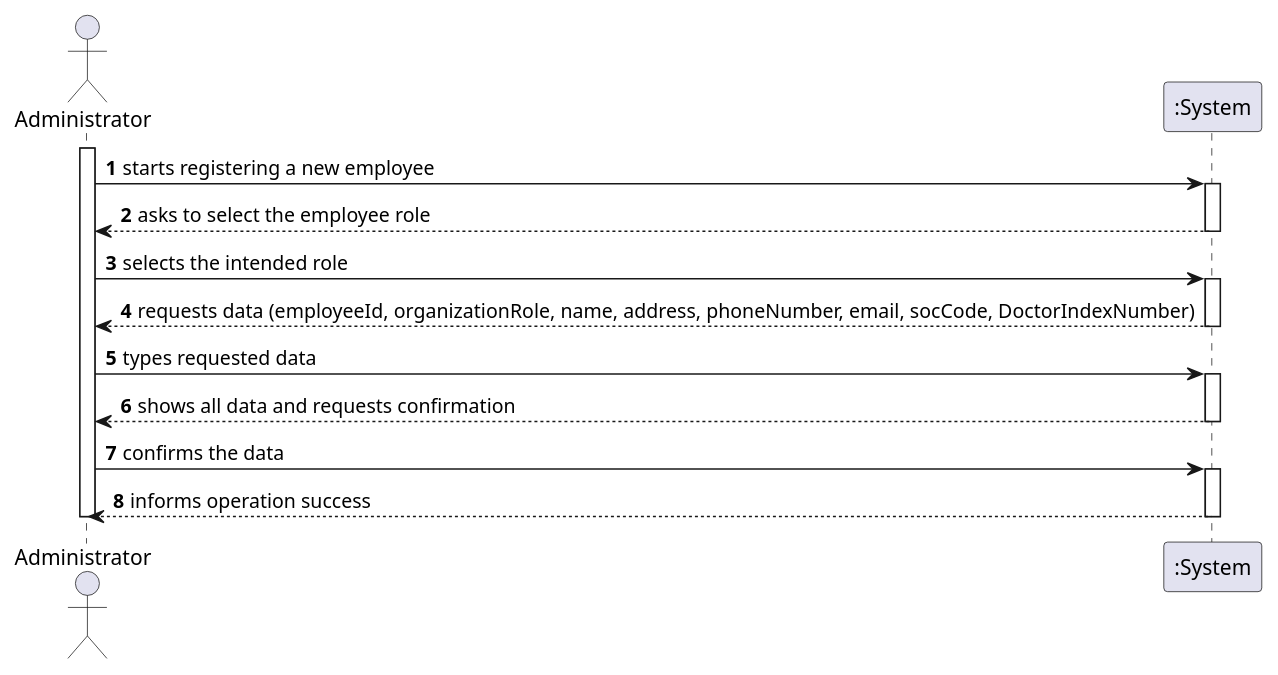
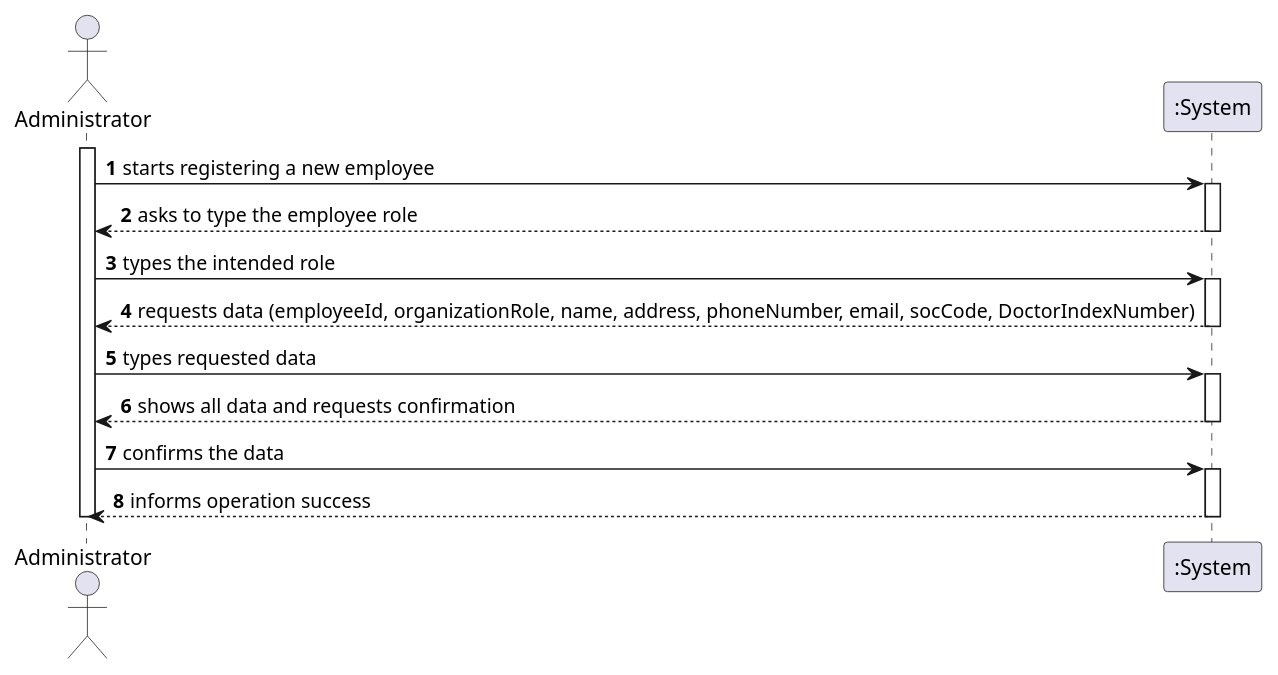
One commit to ana-albergaria/LAPR2-ISEP changed the diagram in docs/SprintB/US_7/US7_SSD.puml. Above: the diagram before and after it, drawn with PlantUML. The commit also changed 1 other file, not shown here.

Commit message:
US7 Rationale - Checking if it's in order with the diagrams

```diff
--- a/docs/SprintB/US_7/US7_SSD.puml
+++ b/docs/SprintB/US_7/US7_SSD.puml
@@ -1,29 +1,29 @@
 @startuml
 autonumber
 actor Administrator as A
 
 activate A
 A -> ":System" : starts registering a new employee
 activate ":System"
-":System" --> A : asks to select the employee role
+":System" --> A : asks to type the employee role
 deactivate ":System"
 
-A -> ":System" : selects the intended role
+A -> ":System" : types the intended role
 activate ":System"
 
 ":System" --> A : requests data (employeeId, organizationRole, name, address, phoneNumber, email, socCode, DoctorIndexNumber)
 deactivate ":System"
 
 A -> ":System" : types requested data
 activate ":System"
 ":System" --> A : shows all data and requests confirmation
 deactivate ":System"
 
 A -> ":System" : confirms the data
 activate ":System"
 ":System" --> A : informs operation success
 deactivate ":System"
 
 deactivate A
 
 @enduml
```
